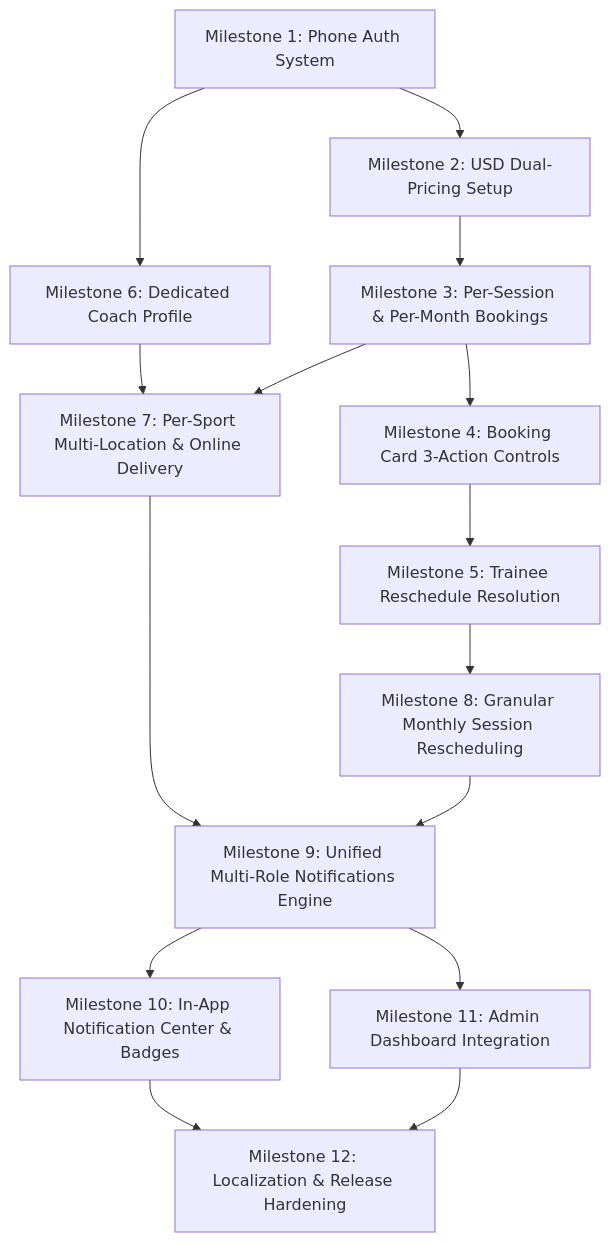
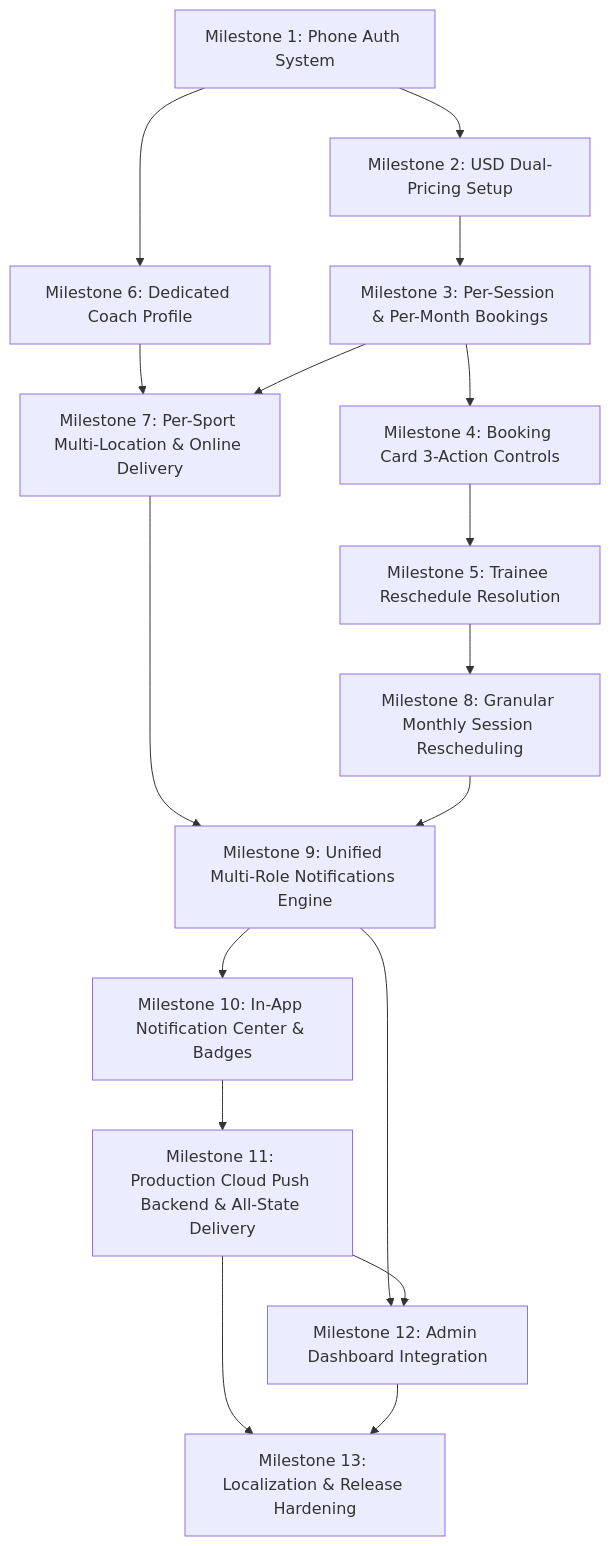
One commit to alitoson123/fitness-app changed the diagram in PROJECT_ROADMAP_PHASE_2.md. Above: the diagram before and after it, drawn with Mermaid. The commit also changed other lines of this file and 46 other files, not shown here.

````diff
--- a/PROJECT_ROADMAP_PHASE_2.md
+++ b/PROJECT_ROADMAP_PHASE_2.md
@@ -80,17 +80,19 @@
 ```mermaid
 graph TD
     M1[Milestone 1: Phone Auth System] --> M2[Milestone 2: USD Dual-Pricing Setup]
     M2 --> M3[Milestone 3: Per-Session & Per-Month Bookings]
     M3 --> M4[Milestone 4: Booking Card 3-Action Controls]
     M4 --> M5[Milestone 5: Trainee Reschedule Resolution]
     M1 --> M6[Milestone 6: Dedicated Coach Profile]
     M6 --> M7[Milestone 7: Per-Sport Multi-Location & Online Delivery]
     M3 --> M7
     M5 --> M8[Milestone 8: Granular Monthly Session Rescheduling]
     M7 --> M9[Milestone 9: Unified Multi-Role Notifications Engine]
     M8 --> M9
     M9 --> M10[Milestone 10: In-App Notification Center & Badges]
-    M9 --> M11[Milestone 11: Admin Dashboard Integration]
-    M10 --> M12[Milestone 12: Localization & Release Hardening]
+    M10 --> M11[Milestone 11: Production Cloud Push Backend & All-State Delivery]
+    M9 --> M12[Milestone 12: Admin Dashboard Integration]
     M11 --> M12
+    M11 --> M13[Milestone 13: Localization & Release Hardening]
+    M12 --> M13
 ```
````
